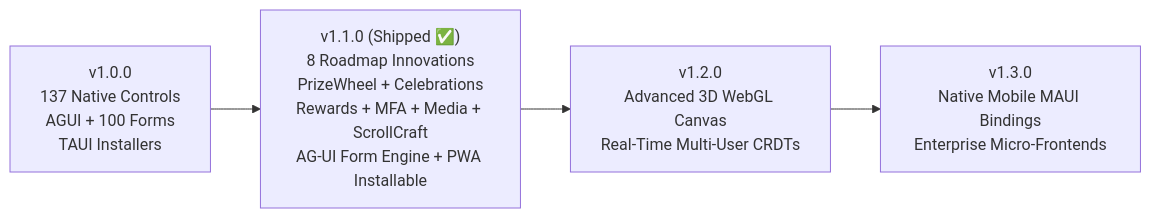
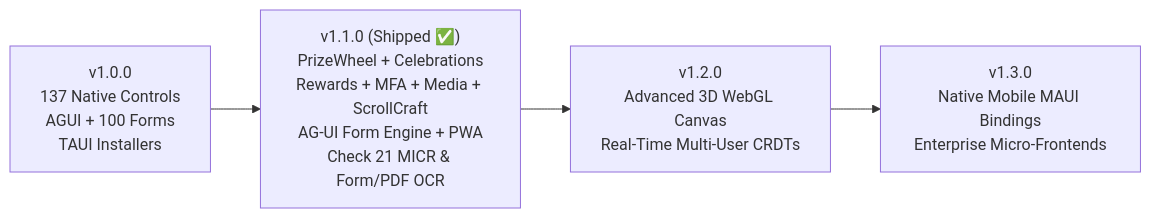
Before and after one commit to donpotts/BlazorTailwindUI: the diagram in docs/ROADMAP.md, drawn with Mermaid. The commit also changed other lines of this file and 20 other files, not shown here.

Commit message:
feat: add Form and PDF OCR with Check 21 MICR reader, Markdown editor integration, and Smart Components

````diff
--- a/docs/ROADMAP.md
+++ b/docs/ROADMAP.md
@@ -192,6 +214,6 @@
 ```mermaid
 flowchart LR
-    A["v1.0.0<br/>137 Native Controls<br/>AGUI + 100 Forms<br/>TAUI Installers"] --> B["v1.1.0 (Shipped ✅)<br/>8 Roadmap Innovations<br/>PrizeWheel + Celebrations<br/>Rewards + MFA + Media + ScrollCraft<br/>AG-UI Form Engine + PWA Installable"]
+    A["v1.0.0<br/>137 Native Controls<br/>AGUI + 100 Forms<br/>TAUI Installers"] --> B["v1.1.0 (Shipped ✅)<br/>PrizeWheel + Celebrations<br/>Rewards + MFA + Media + ScrollCraft<br/>AG-UI Form Engine + PWA<br/>Check 21 MICR & Form/PDF OCR"]
     B --> C["v1.2.0<br/>Advanced 3D WebGL Canvas<br/>Real-Time Multi-User CRDTs"]
     C --> D["v1.3.0<br/>Native Mobile MAUI Bindings<br/>Enterprise Micro-Frontends"]
 ```
````
